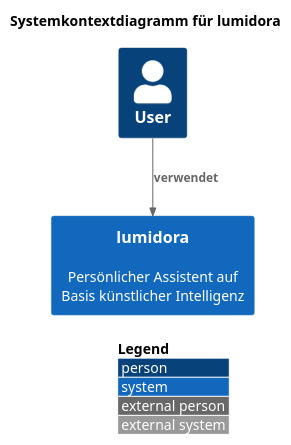
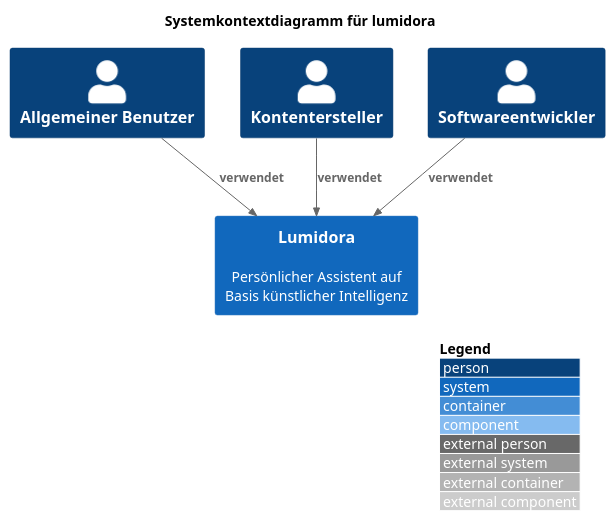
Before and after one commit to koshisinthehouse/lumidora-documentation: the diagram in docs/modules/ROOT/examples/systemkontext-funktional.plantuml, drawn with PlantUML. The commit also changed 3 other files, not shown here.

```diff
--- a/docs/modules/ROOT/examples/systemkontext-funktional.plantuml
+++ b/docs/modules/ROOT/examples/systemkontext-funktional.plantuml
@@ -1,12 +1,17 @@
 @startuml
-!include ../partials/diagrams/plantuml-stdlib/C4-PlantUML/C4_Context.puml
+!include ../partials/diagrams/plantuml-stdlib/C4-PlantUML/C4_Component.puml
 
 LAYOUT_WITH_LEGEND()
 
 title Systemkontextdiagramm für lumidora
 
-Person(benutzer, "User", "")
-System(aiassistant, "lumidora", "Persönlicher Assistent auf Basis künstlicher Intelligenz")
+Person(benutzer, "Allgemeiner Benutzer", "")
+Person(kontentersteller, "Kontentersteller", "")
+Person(softwareentwickler, "Softwareentwickler", "")
+System(lumidora, "Lumidora", "Persönlicher Assistent auf Basis künstlicher Intelligenz")
 
-Rel(benutzer, aiassistant, "verwendet")
+Rel(benutzer, lumidora, "verwendet")
+Rel(kontentersteller, lumidora, "verwendet")
+Rel(softwareentwickler, lumidora, "verwendet")
+
 @enduml
```
